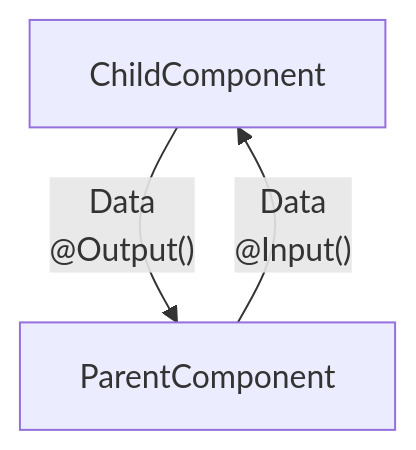
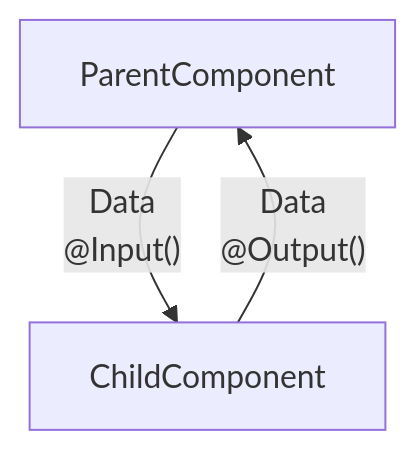
The diagram in README.md (sdsanchezm/angular-all), drawn with Mermaid before and after one commit. The commit also changed other lines of this file, not shown here.

```diff
--- a/README.md
+++ b/README.md
@@ -366,5 +407,5 @@
 ~~~mermaid
 graph TD
+    odx1[ParentComponent]-- "Data<br>@Input()" --> odx2
     odx2[ChildComponent]-- "Data<br>@Output()" --> odx1
-    odx1[ParentComponent]-- "Data<br>@Input()" --> odx2
 ~~~
```
